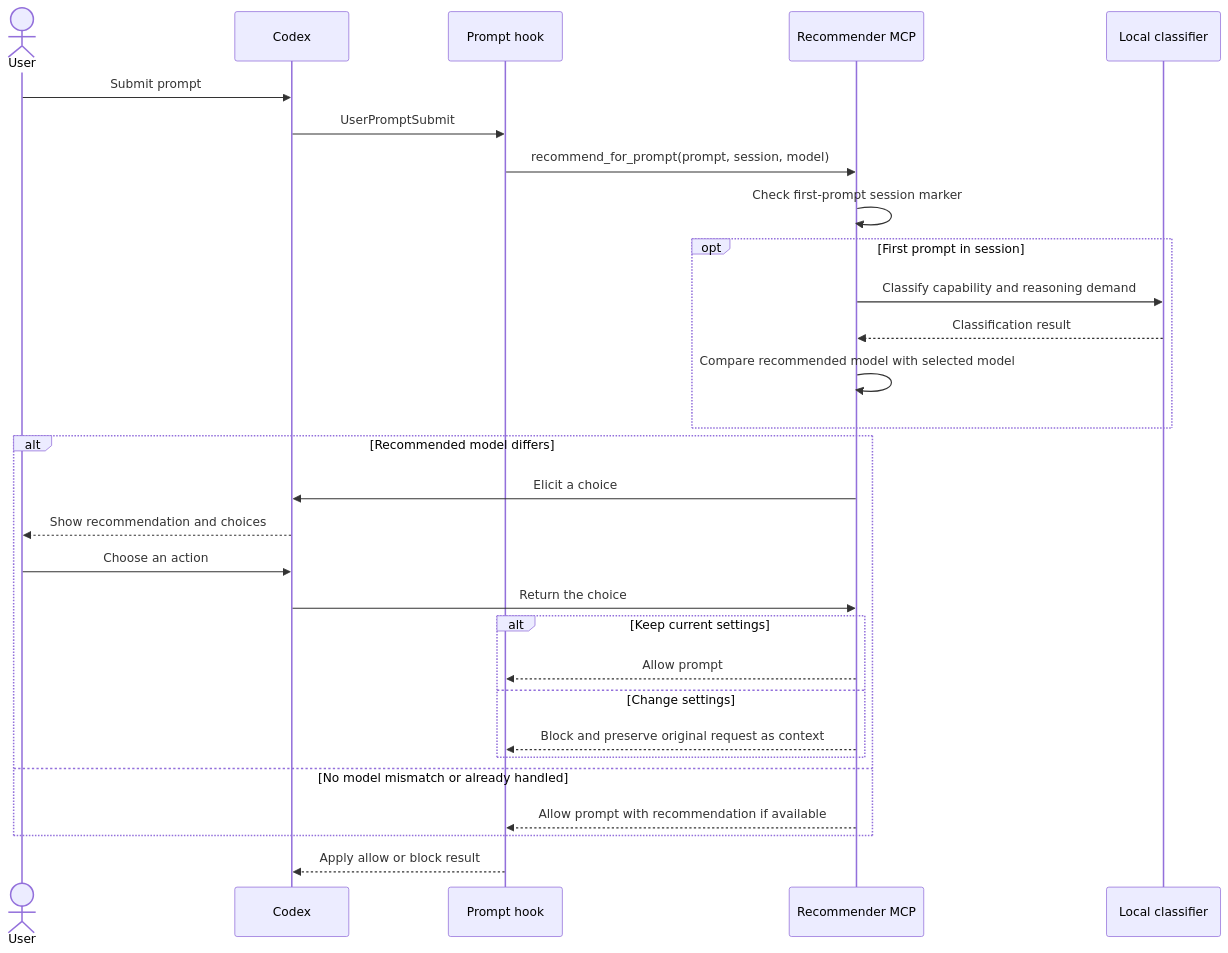
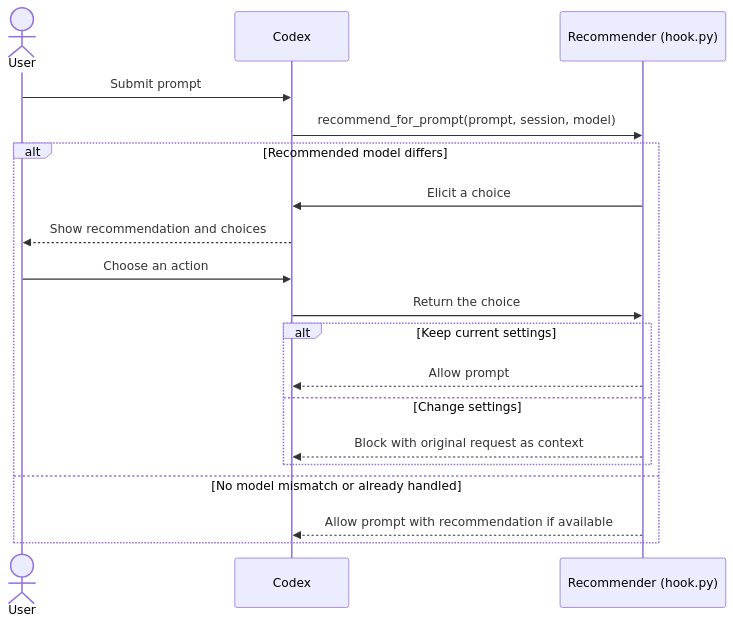
One commit to pedromfmachado/laya-model-recommender changed the diagram in ARCHITECTURE.md. Above: the diagram before and after it, drawn with Mermaid. The commit also changed other lines of this file and 3 other files, not shown here.

````diff
--- a/ARCHITECTURE.md
+++ b/ARCHITECTURE.md
@@ -18,32 +18,22 @@
 ```mermaid
 sequenceDiagram
     actor User
     participant Codex
-    participant Hook as Prompt hook
-    participant MCP as Recommender MCP
-    participant Classifier as Local classifier
+    participant Hook as Recommender (hook.py)
 
     User->>Codex: Submit prompt
-    Codex->>Hook: UserPromptSubmit
-    Hook->>MCP: recommend_for_prompt(prompt, session, model)
-    MCP->>MCP: Check first-prompt session marker
-    opt First prompt in session
-        MCP->>Classifier: Classify capability and reasoning demand
-        Classifier-->>MCP: Classification result
-        MCP->>MCP: Compare recommended model with selected model
-    end
+    Codex->>Hook: recommend_for_prompt(prompt, session, model)
     alt Recommended model differs
-        MCP->>Codex: Elicit a choice
+        Hook->>Codex: Elicit a choice
         Codex-->>User: Show recommendation and choices
         User->>Codex: Choose an action
-        Codex->>MCP: Return the choice
+        Codex->>Hook: Return the choice
         alt Keep current settings
-            MCP-->>Hook: Allow prompt
+            Hook-->>Codex: Allow prompt
         else Change settings
-            MCP-->>Hook: Block and preserve original request as context
+            Hook-->>Codex: Block with original request as context
         end
     else No model mismatch or already handled
-        MCP-->>Hook: Allow prompt with recommendation if available
+        Hook-->>Codex: Allow prompt with recommendation if available
     end
-    Hook-->>Codex: Apply allow or block result
 ```
````
